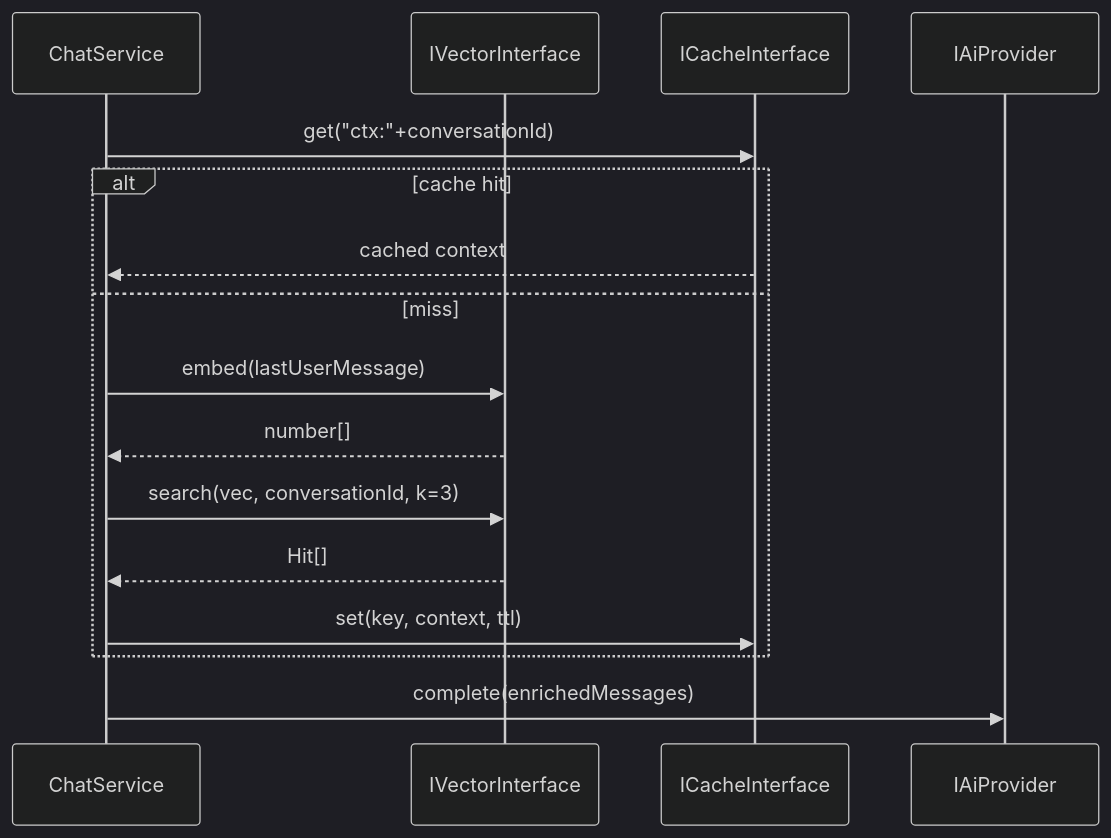
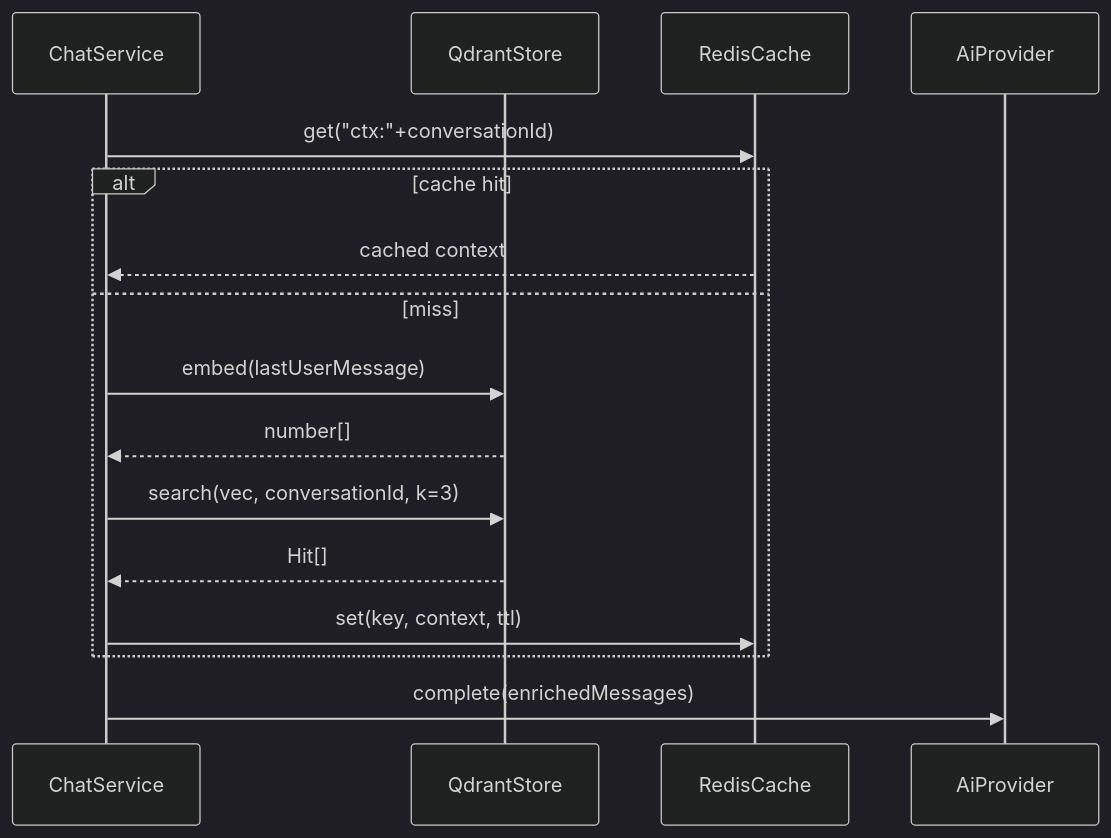
One commit to Glitch-guy0/chaiGPT changed the sixth of 6 diagrams in _bmad-output/planning-artifacts/03-sequence.md. Above: the diagram before and after it, drawn with Mermaid (dark theme). The commit also changed other lines of this file and 9 other files, not shown here.

````diff
--- a/_bmad-output/planning-artifacts/03-sequence.md
+++ b/_bmad-output/planning-artifacts/03-sequence.md
@@ -160,19 +159,19 @@
 ```mermaid
 sequenceDiagram
     participant S as ChatService
-    participant VEC as IVectorInterface
-    participant CACHE as ICacheInterface
-    participant AI as IAiProvider
+    participant VEC as QdrantStore
+    participant CACHE as RedisCache
+    participant AI as AiProvider
 
     S->>CACHE: get("ctx:"+conversationId)
     alt cache hit
         CACHE-->>S: cached context
     else miss
         S->>VEC: embed(lastUserMessage)
         VEC-->>S: number[]
         S->>VEC: search(vec, conversationId, k=3)
         VEC-->>S: Hit[]
         S->>CACHE: set(key, context, ttl)
     end
     S->>AI: complete(enrichedMessages)
 ```
````
